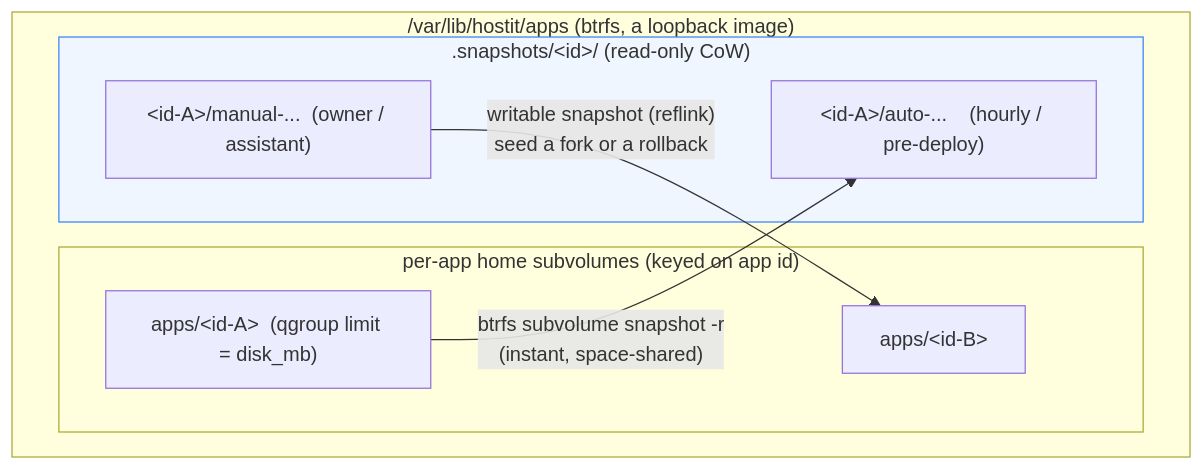
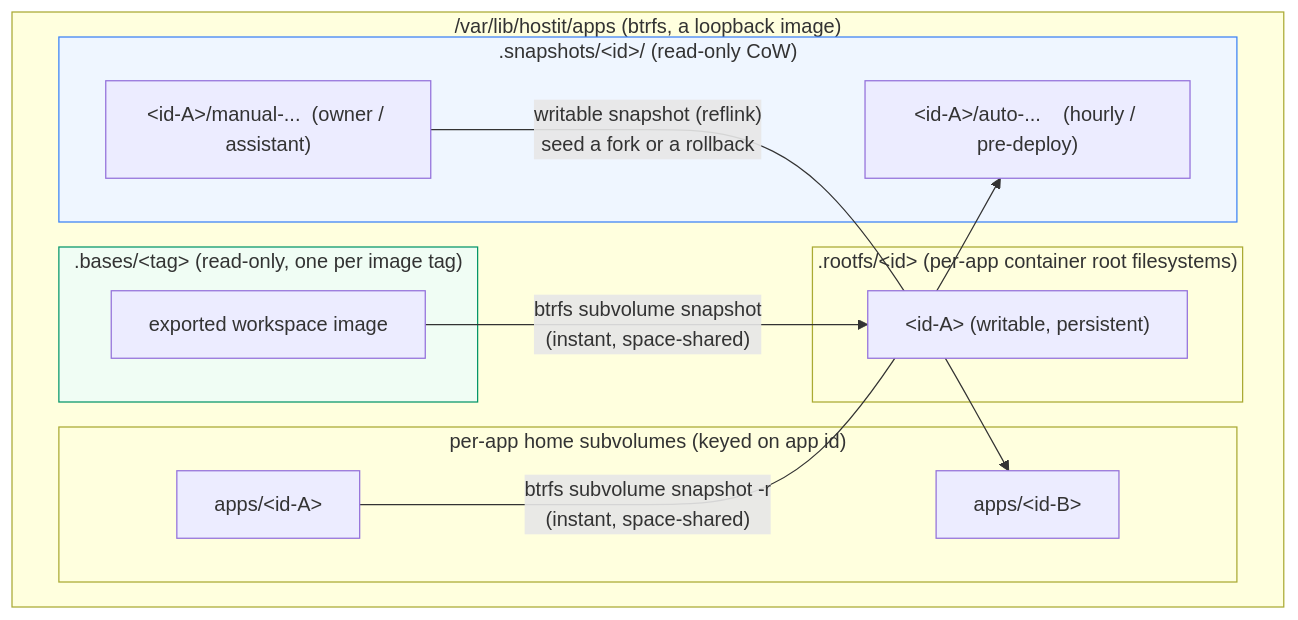
Before and after one commit to binwiederhier/hostit: the first of 2 diagrams in docs/subsystems/storage-btrfs.md, drawn with Mermaid. The commit also changed other lines of this file and 20 other files, not shown here.

First line of the commit message:
docs,web,cmd: catch the docs up to rootfs-backed storage and combined disk budgets

````diff
--- a/docs/subsystems/storage-btrfs.md
+++ b/docs/subsystems/storage-btrfs.md
@@ -13,16 +16,24 @@
 ```mermaid
 flowchart TB
     subgraph fs["/var/lib/hostit/apps  (btrfs, a loopback image)"]
         subgraph subs["per-app home subvolumes (keyed on app id)"]
-            h1["apps/&lt;id-A&gt;  (qgroup limit = disk_mb)"]
+            h1["apps/&lt;id-A&gt;"]
             h2["apps/&lt;id-B&gt;"]
+        end
+        subgraph roots[".rootfs/&lt;id&gt;  (per-app container root filesystems)"]
+            r1["&lt;id-A&gt;  (writable, persistent)"]
+        end
+        subgraph bases[".bases/&lt;tag&gt;  (read-only, one per image tag)"]
+            b1["exported workspace image"]
         end
         subgraph snaps[".snapshots/&lt;id&gt;/  (read-only CoW)"]
             s1["&lt;id-A&gt;/auto-...    (hourly / pre-deploy)"]
             s2["&lt;id-A&gt;/manual-...  (owner / assistant)"]
         end
     end
+    b1 -->|"btrfs subvolume snapshot<br/>(instant, space-shared)"| r1
     h1 -->|"btrfs subvolume snapshot -r<br/>(instant, space-shared)"| s1
     s2 -->|"writable snapshot (reflink)<br/>seed a fork or a rollback"| h2
     style snaps fill:#eff6ff,stroke:#3b82f6
+    style bases fill:#f0fdf4,stroke:#059669
 ```
````
